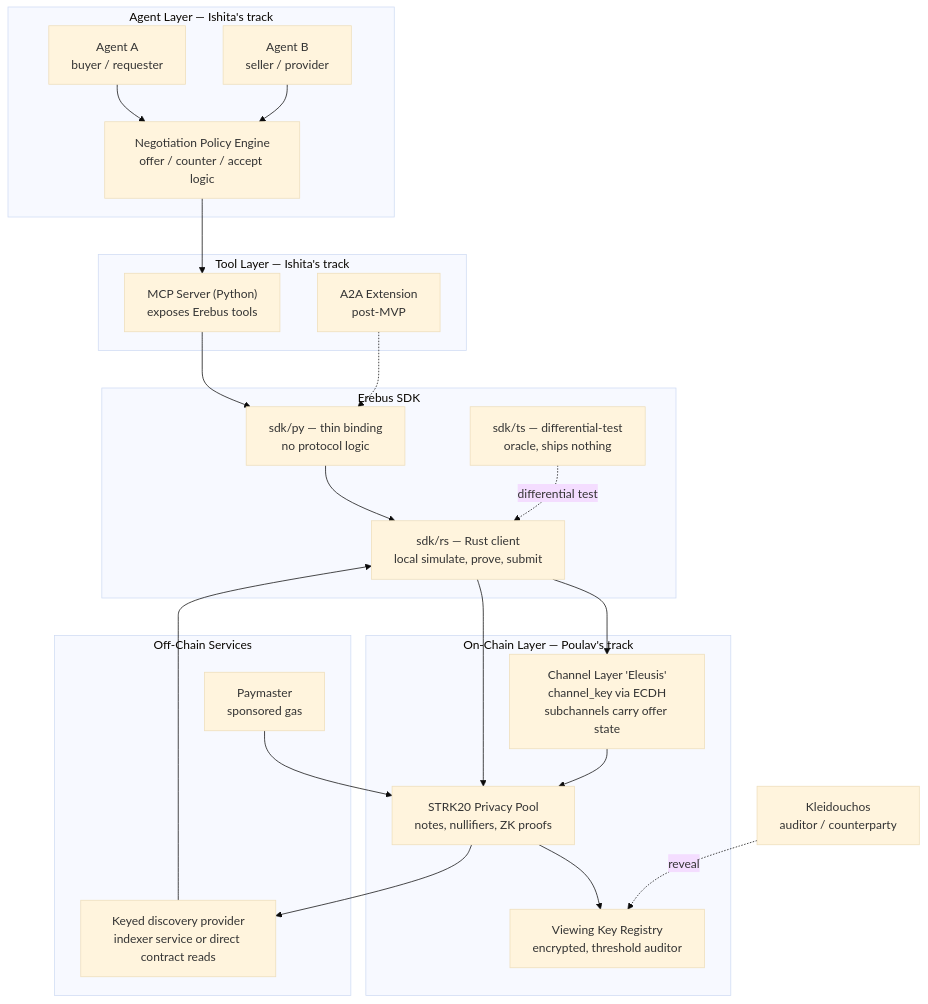
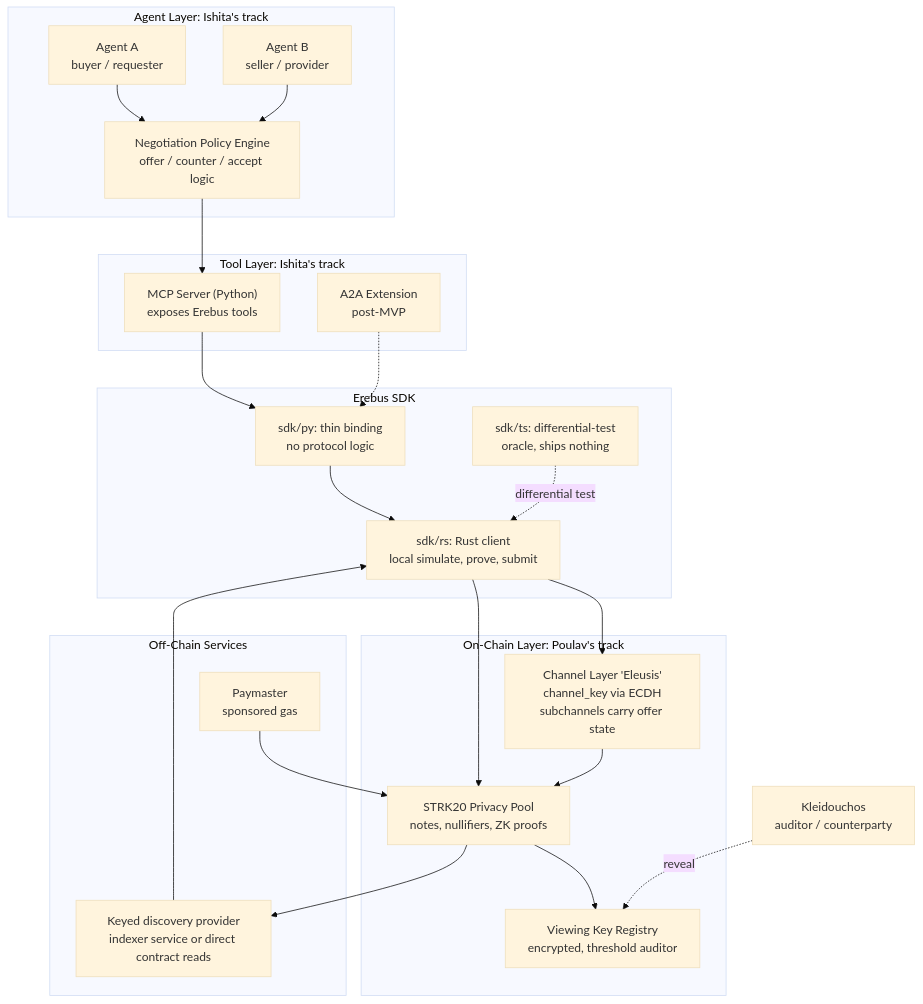
Before and after one commit to PoulavBhowmick03/Erebus: the first of 3 diagrams in ARCHITECTURE.md, drawn with Mermaid (base theme). The commit also changed other lines of this file and 1 other file, not shown here.

````diff
--- a/ARCHITECTURE.md
+++ b/ARCHITECTURE.md
@@ -9,47 +9,47 @@
 ```mermaid
 flowchart TB
-    subgraph agentlayer["Agent Layer — Ishita's track"]
+    subgraph agentlayer["Agent Layer: Ishita's track"]
         A1["Agent A<br/>buyer / requester"]
         A2["Agent B<br/>seller / provider"]
         NEG["Negotiation Policy Engine<br/>offer / counter / accept logic"]
     end
 
-    subgraph toollayer["Tool Layer — Ishita's track"]
+    subgraph toollayer["Tool Layer: Ishita's track"]
         MCP["MCP Server (Python)<br/>exposes Erebus tools"]
         A2A["A2A Extension<br/>post-MVP"]
     end
 
     subgraph sdklayer["Erebus SDK"]
-        BIND["sdk/py — thin binding<br/>no protocol logic"]
-        SDK["sdk/rs — Rust client<br/>local simulate, prove, submit"]
-        ORACLE["sdk/ts — differential-test<br/>oracle, ships nothing"]
+        BIND["sdk/py: thin binding<br/>no protocol logic"]
+        SDK["sdk/rs: Rust client<br/>local simulate, prove, submit"]
+        ORACLE["sdk/ts: differential-test<br/>oracle, ships nothing"]
     end
 
-    subgraph chainlayer["On-Chain Layer — Poulav's track"]
+    subgraph chainlayer["On-Chain Layer: Poulav's track"]
         CH["Channel Layer 'Eleusis'<br/>channel_key via ECDH<br/>subchannels carry offer state"]
         POOL["STRK20 Privacy Pool<br/>notes, nullifiers, ZK proofs"]
         VK["Viewing Key Registry<br/>encrypted, threshold auditor"]
     end
 
     subgraph offchain["Off-Chain Services"]
         DISC["Keyed discovery provider<br/>indexer service or direct contract reads"]
         PM["Paymaster<br/>sponsored gas"]
     end
 
     A1 --> NEG
     A2 --> NEG
     NEG --> MCP
     MCP --> BIND
     BIND --> SDK
     ORACLE -.differential test.-> SDK
     A2A -.-> BIND
     SDK --> CH
     SDK --> POOL
     CH --> POOL
     POOL --> VK
     DISC --> SDK
     POOL --> DISC
     PM --> POOL
 
     K["Kleidouchos<br/>auditor / counterparty"] -.reveal.-> VK
 ```
````
